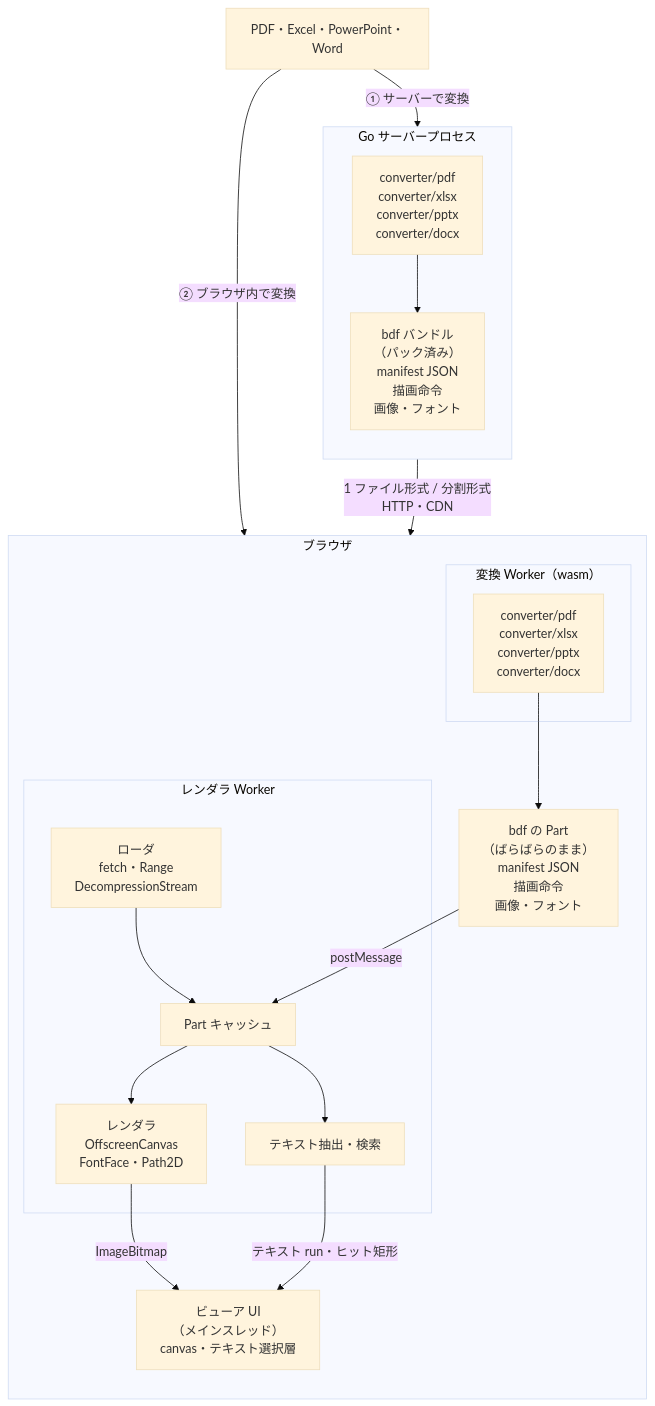
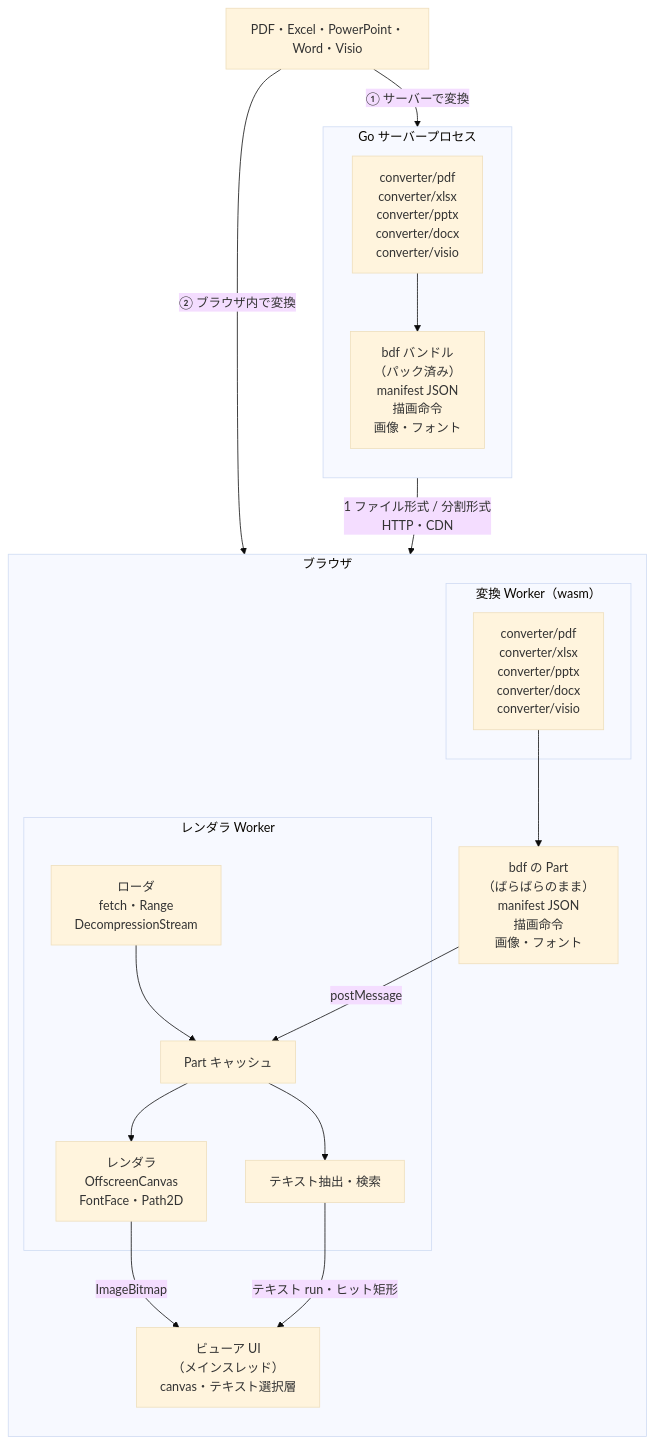
The diagram in README.ja.md (shibukawa/bdf), drawn with Mermaid (base theme) before and after one commit. The commit also changed other lines of this file and 44 other files, not shown here.

````diff
--- a/README.ja.md
+++ b/README.ja.md
@@ -11,37 +11,37 @@
 ```mermaid
 flowchart TB
-    SRC["PDF・Excel・PowerPoint・Word"]
+    SRC["PDF・Excel・PowerPoint・Word・Visio"]
 
     subgraph SERVER["Go サーバープロセス"]
         direction TB
-        SCONV["converter/pdf<br/>converter/xlsx<br/>converter/pptx<br/>converter/docx"]
+        SCONV["converter/pdf<br/>converter/xlsx<br/>converter/pptx<br/>converter/docx<br/>converter/visio"]
         BUNDLE["bdf バンドル<br/>（パック済み）<br/>manifest JSON<br/>描画命令<br/>画像・フォント"]
         SCONV --> BUNDLE
     end
 
     subgraph BROWSER["ブラウザ"]
         direction TB
         subgraph CWORKER["変換 Worker（wasm）"]
-            WCONV["converter/pdf<br/>converter/xlsx<br/>converter/pptx<br/>converter/docx"]
+            WCONV["converter/pdf<br/>converter/xlsx<br/>converter/pptx<br/>converter/docx<br/>converter/visio"]
         end
         PARTS["bdf の Part<br/>（ばらばらのまま）<br/>manifest JSON<br/>描画命令<br/>画像・フォント"]
         subgraph RWORKER["レンダラ Worker"]
             LOADER["ローダ<br/>fetch・Range<br/>DecompressionStream"]
             STORE["Part キャッシュ"]
             RENDER["レンダラ<br/>OffscreenCanvas<br/>FontFace・Path2D"]
             TEXT["テキスト抽出・検索"]
             LOADER --> STORE
             STORE --> RENDER
             STORE --> TEXT
         end
         UI["ビューア UI<br/>（メインスレッド）<br/>canvas・テキスト選択層"]
         WCONV --> PARTS
     end
 
     SRC -- "① サーバーで変換" --> SCONV
     SRC -- "② ブラウザ内で変換" --> WCONV
     BUNDLE -- "1 ファイル形式 / 分割形式<br/>HTTP・CDN" --> LOADER
     PARTS -- "postMessage" --> STORE
     RENDER -- "ImageBitmap" --> UI
     TEXT -- "テキスト run・ヒット矩形" --> UI
 ```
````
